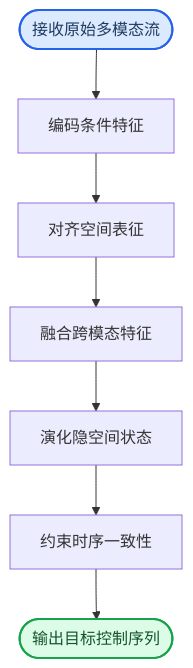
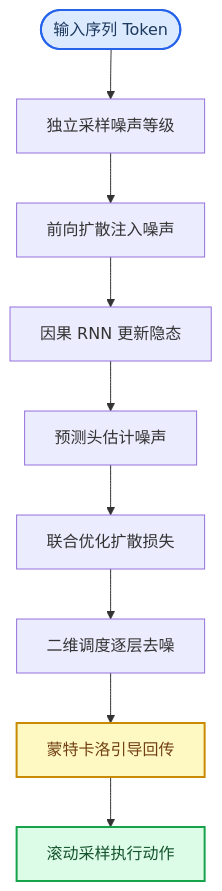
Before and after one commit to ShinewineW/paper-rolling: the third of 10 diagrams in person_vault/2026-06-13_DiffusionForcingNextTokenPredictionMeets_2407.01392/report.md, drawn with Mermaid. The commit also changed other lines of this file and 51 other files, not shown here.

````diff
--- a/person_vault/2026-06-13_DiffusionForcingNextTokenPredictionMeets_2407.01392/report.md
+++ b/person_vault/2026-06-13_DiffusionForcingNextTokenPredictionMeets_2407.01392/report.md
@@ -124,23 +157,18 @@
 ```mermaid
 flowchart TB
-    start_node(["接收原始多模态流"])
-    encode_node["编码条件特征"]
-    align_node["对齐空间表征"]
-    fuse_node["融合跨模态特征"]
-    evolve_node["演化隐空间状态"]
-    reg_node["约束时序一致性"]
-    end_node(["输出目标控制序列"])
-
-    start_node --> encode_node
-    encode_node --> align_node
-    align_node --> fuse_node
-    fuse_node --> evolve_node
-    evolve_node --> reg_node
-    reg_node --> end_node
-
-    class start_node required
-    class end_node output
+    seq_input(["输入序列 Token"]) --> sample_noise["独立采样噪声等级"]
+    sample_noise --> forward_diffuse["前向扩散注入噪声"]
+    forward_diffuse --> causal_rnn["因果 RNN 更新隐态"]
+    causal_rnn --> noise_head["预测头估计噪声"]
+    noise_head --> train_loss["联合优化扩散损失"]
+    train_loss --> inference_sched["二维调度逐层去噪"]
+    inference_sched --> mcg["蒙特卡洛引导回传"]
+    mcg --> decision_rollout["滚动采样执行动作"]
+    
     classDef required fill:#dbeafe,stroke:#2563eb,stroke-width:2px,color:#1e3a5f
     classDef output fill:#dcfce7,stroke:#16a34a,stroke-width:2px,color:#14532d
     classDef optional fill:#fef9c3,stroke:#ca8a04,stroke-width:2px,color:#713f12
+    class seq_input required
+    class decision_rollout output
+    class mcg optional
 ```
````
